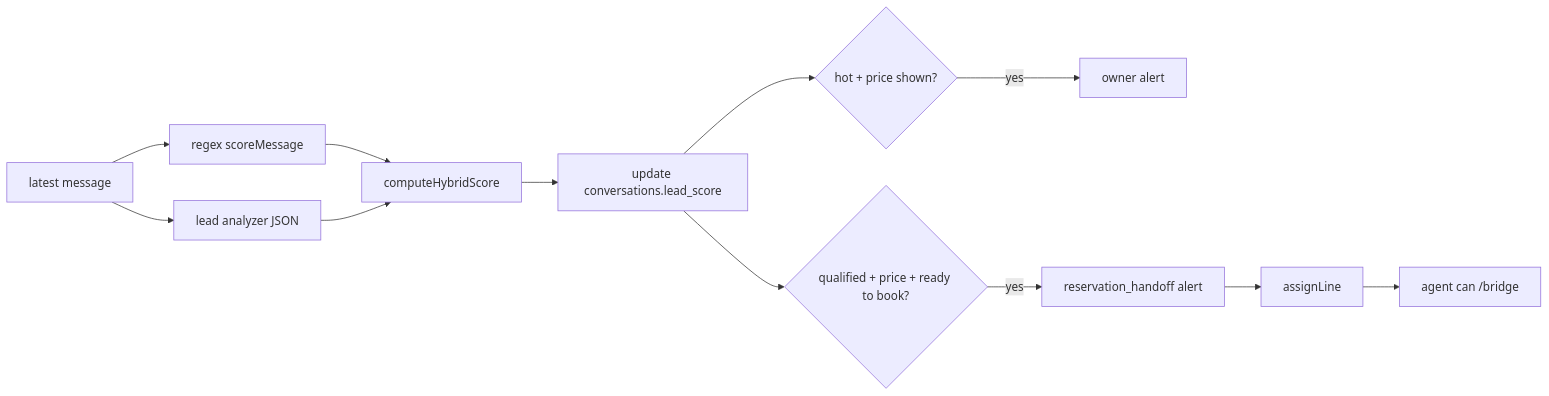
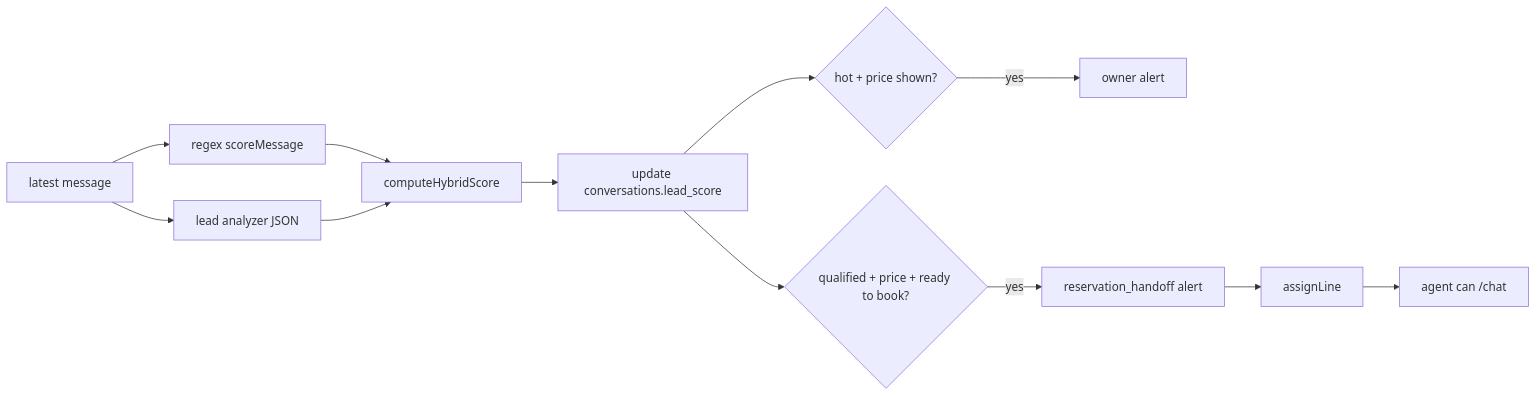
Before and after one commit to Andeanscapes/whatsapp-sales-bot: the sixth of 10 diagrams in docs/bot-architecture.md, drawn with Mermaid. The commit also changed other lines of this file and 341 other files, not shown here.

````diff
--- a/docs/bot-architecture.md
+++ b/docs/bot-architecture.md
@@ -297,14 +330,14 @@
 ```mermaid
 flowchart LR
   A[latest message] --> B[regex scoreMessage]
   A --> C[lead analyzer JSON]
   B --> D[computeHybridScore]
   C --> D
   D --> E[update conversations.lead_score]
   E --> F{hot + price shown?}
   E --> G{qualified + price + ready to book?}
   F -- yes --> H[owner alert]
   G -- yes --> I[reservation_handoff alert]
   I --> J[assignLine]
-  J --> K[agent can /bridge]
+  J --> K[agent can /chat]
 ```
````
